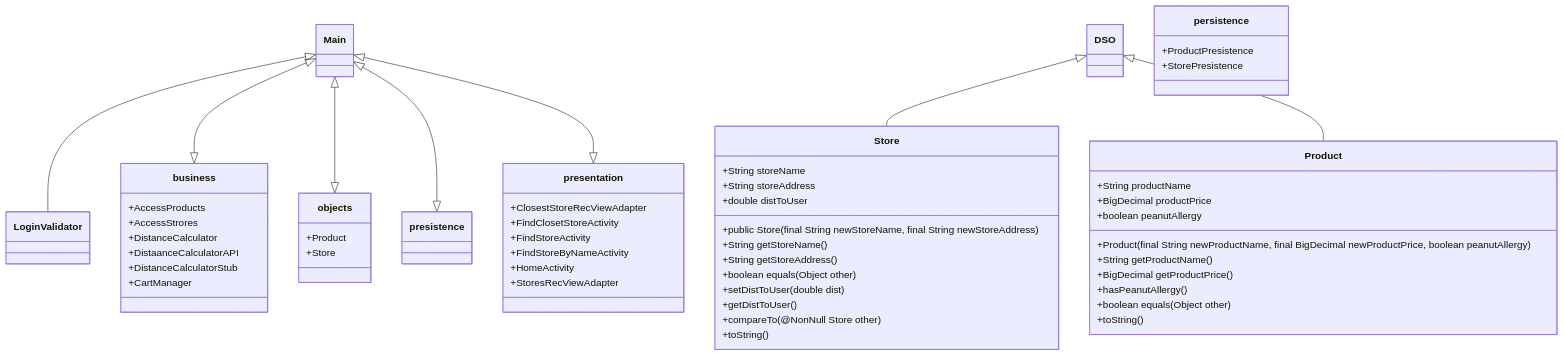
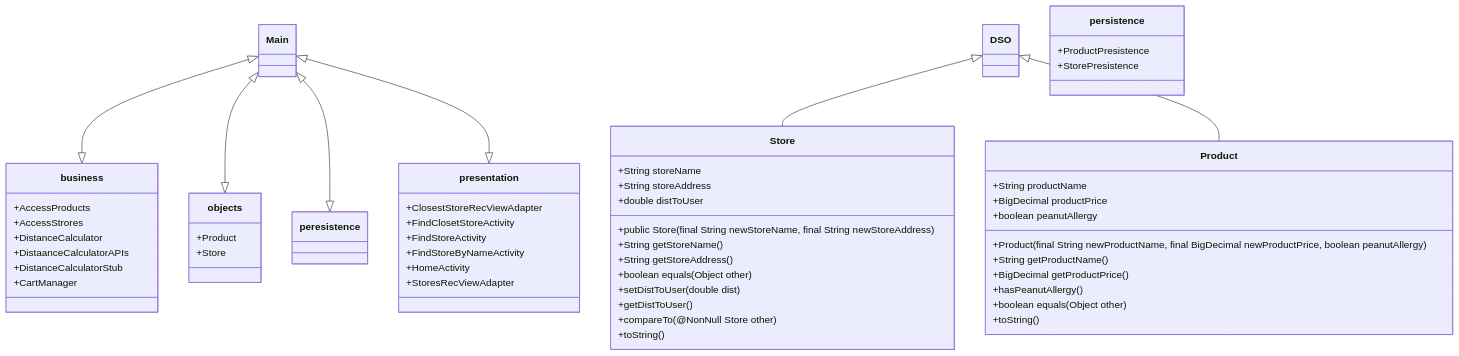
The diagram in ARCHITECTURE.md (timonchen/GoCart), drawn with Mermaid before and after one commit.

Commit message:
Replace ARCHITECTURE.md

````diff
--- a/ARCHITECTURE.md
+++ b/ARCHITECTURE.md
@@ -20,71 +20,71 @@
 ```mermaid
 classDiagram
-    Main <|-- LoginValidator
+   
     Main <|--|> business
     Main <|--|> objects
-    Main <|--|> presistence
+    Main <|--|> peresistence
     Main <|--|> presentation
     DSO <|-- Store
     DSO <|-- Product
 
     class Main{
     }
 
  class business{
 	+AccessProducts
 	+AccessStrores
 	+DistanceCalculator
-	+DistaanceCalculatorAPI
+	+DistaanceCalculatorAPIs
 	+DistanceCalculatorStub
 	+CartManager
 
 }
 
 class objects{
 +Product
 +Store
 }
 
 class persistence{
-+ProductPresistence
-+StorePresistence
+ +ProductPresistence
+ +StorePresistence
 }
 
 class presentation{
 +ClosestStoreRecViewAdapter
 +FindClosetStoreActivity
 +FindStoreActivity
 +FindStoreByNameActivity
 +HomeActivity
 +StoresRecViewAdapter
 }
  class DSO{
     }
 
 class Product{
  +String productName
 +BigDecimal productPrice
 +boolean peanutAllergy
 +Product(final String newProductName, final BigDecimal newProductPrice, boolean peanutAllergy)
 +String getProductName()
 +BigDecimal getProductPrice()
 +hasPeanutAllergy()
 +boolean equals(Object other)
 +toString()
 
 }
 
 class Store{
 +String storeName
 +String storeAddress
 +double distToUser
 +public Store(final String newStoreName, final String newStoreAddress)
 +String getStoreName()
 +String getStoreAddress()
 +boolean equals(Object other) 
 +setDistToUser(double dist)
 +getDistToUser()
 +compareTo(@NonNull Store other) 
 +toString()
 }
 ```
````
